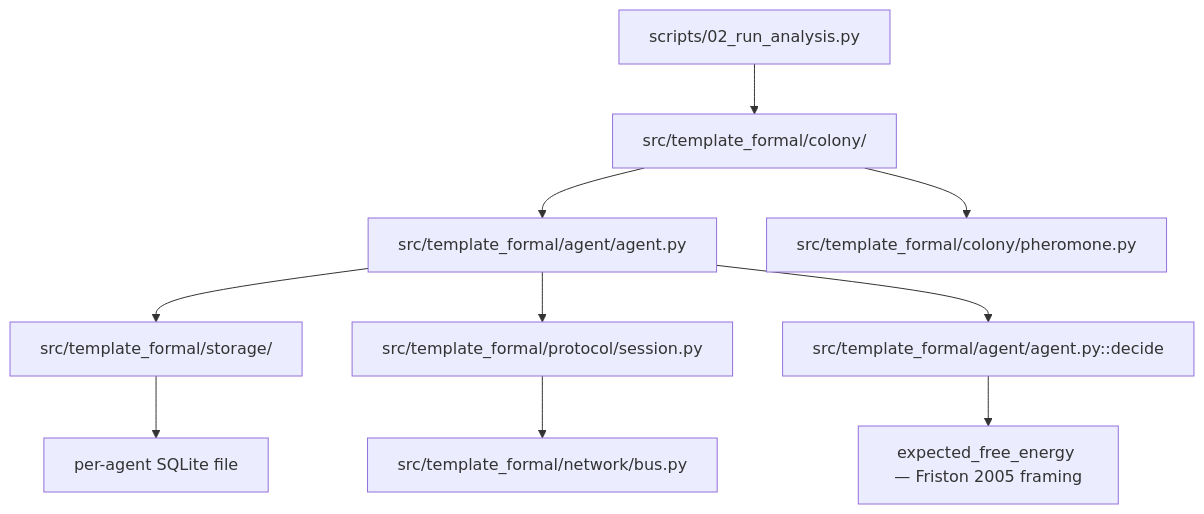
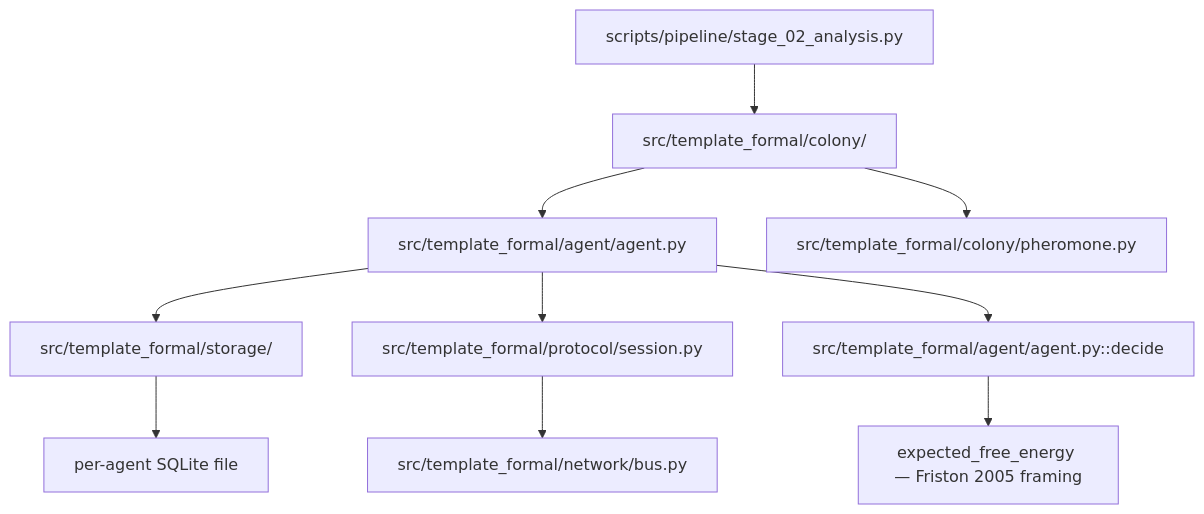
The diagram in projects/templates/template_formal/README.md (docxology/template), drawn with Mermaid before and after one commit. The commit also changed other lines of this file and 1834 other files, not shown here.

````diff
--- a/projects/templates/template_formal/README.md
+++ b/projects/templates/template_formal/README.md
@@ -240,12 +240,12 @@
 ```mermaid
 graph TD
-    A[scripts/02_run_analysis.py] --> B[src/template_formal/colony/]
+    A[scripts/pipeline/stage_02_analysis.py] --> B[src/template_formal/colony/]
     B --> C[src/template_formal/agent/agent.py]
     C --> D[src/template_formal/storage/]
     C --> E[src/template_formal/protocol/session.py]
     C --> F[src/template_formal/agent/agent.py::decide]
     D --> G[per-agent SQLite file]
     E --> H[src/template_formal/network/bus.py]
     B --> I[src/template_formal/colony/pheromone.py]
     F --> J[expected_free_energy — Friston 2005 framing]
 ```
````
